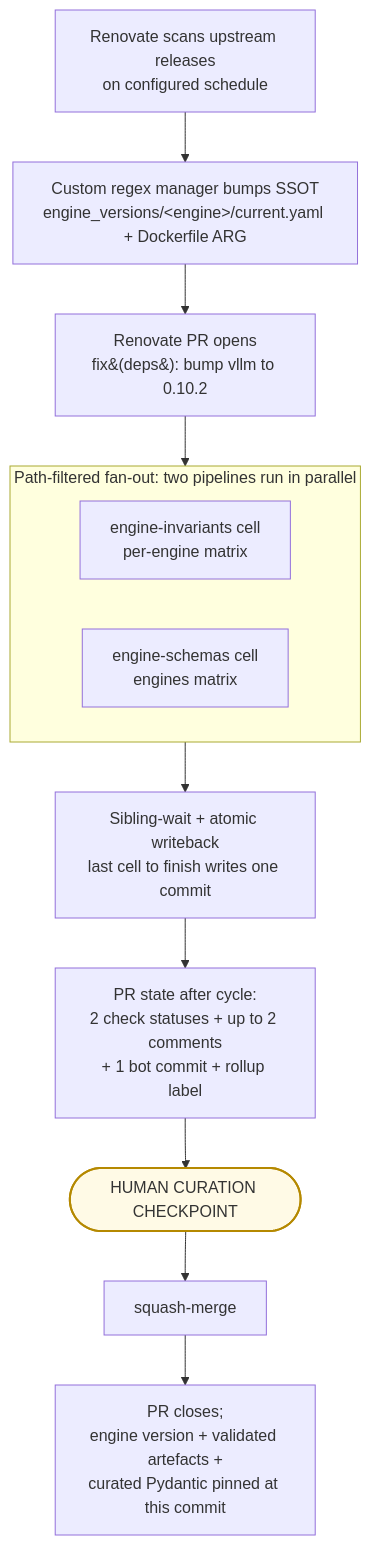
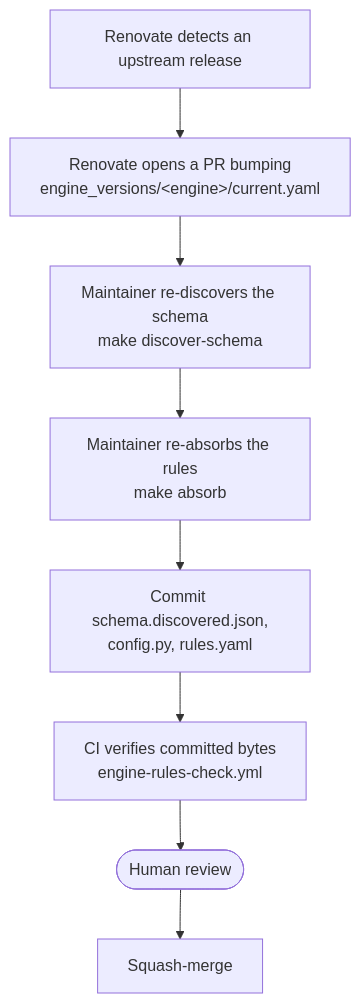
Before and after one commit to henrycgbaker/LLenergyMeasure: the second of 2 diagrams in docs/explanation/architecture/pipeline-architecture.md, drawn with Mermaid. The commit also changed other lines of this file and 23 other files, not shown here.

First line of the commit message:
docs: align documentation with byte-verification engine knowledge flow (#759)

````diff
--- a/docs/explanation/architecture/pipeline-architecture.md
+++ b/docs/explanation/architecture/pipeline-architecture.md
@@ -53,24 +48,13 @@
 ```mermaid
 flowchart TD
-    renovate[Renovate scans upstream releases<br/>on configured schedule]
-    bump[Custom regex manager bumps SSOT<br/>engine_versions/&lt;engine&gt;/current.yaml + Dockerfile ARG]
-    pr[Renovate PR opens<br/>fix&#40;deps&#41;: bump vllm to 0.10.2]
+    renovate[Renovate detects an upstream release]
+    bump[Renovate opens a PR bumping<br/>engine_versions/&lt;engine&gt;/current.yaml]
+    discover[Maintainer re-discovers the schema<br/>make discover-schema]
+    absorb[Maintainer re-absorbs the rules<br/>make absorb]
+    commit[Commit schema.discovered.json,<br/>config.py, rules.yaml]
+    ci[CI verifies committed bytes<br/>engine-rules-check.yml]
+    review([Human review])
+    merged[Squash-merge]
 
-    renovate --> bump --> pr
-
-    subgraph parallel["Path-filtered fan-out: two pipelines run in parallel"]
-        direction LR
-        inv[engine-invariants cell<br/>per-engine matrix]
-        sch[engine-schemas cell<br/>engines matrix]
-    end
-
-    pr --> parallel
-    parallel --> wait[Sibling-wait + atomic writeback<br/>last cell to finish writes one commit]
-    wait --> summary[PR state after cycle:<br/>2 check statuses + up to 2 comments<br/>+ 1 bot commit + rollup label]
-    summary --> human([HUMAN CURATION CHECKPOINT])
-    human --> merge[squash-merge]
-    merge --> closed[PR closes;<br/>engine version + validated artefacts +<br/>curated Pydantic pinned at this commit]
-
-    classDef chk fill:#fffae6,stroke:#b58900,stroke-width:2px;
-    class human chk;
+    renovate --> bump --> discover --> absorb --> commit --> ci --> review --> merged
 ```
````
